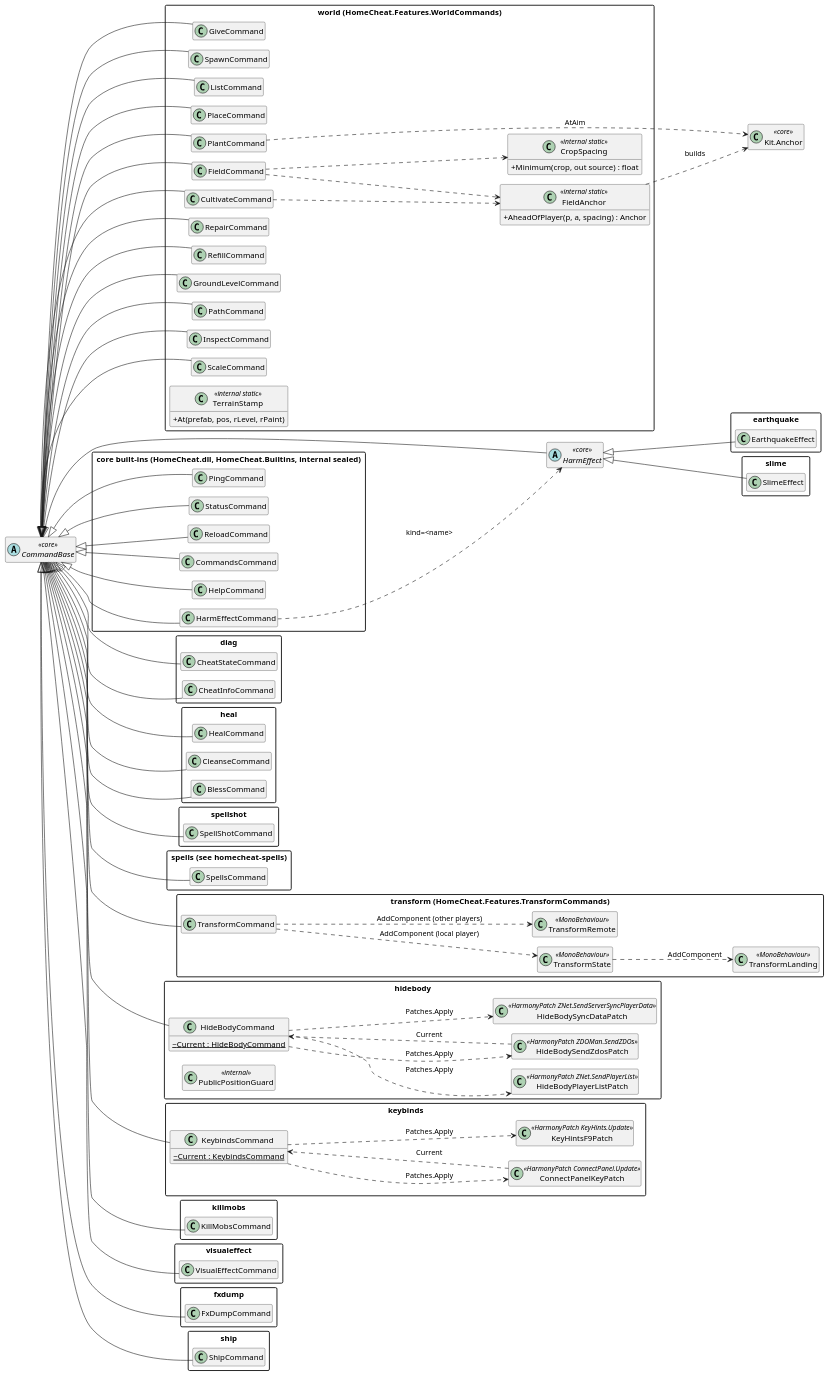
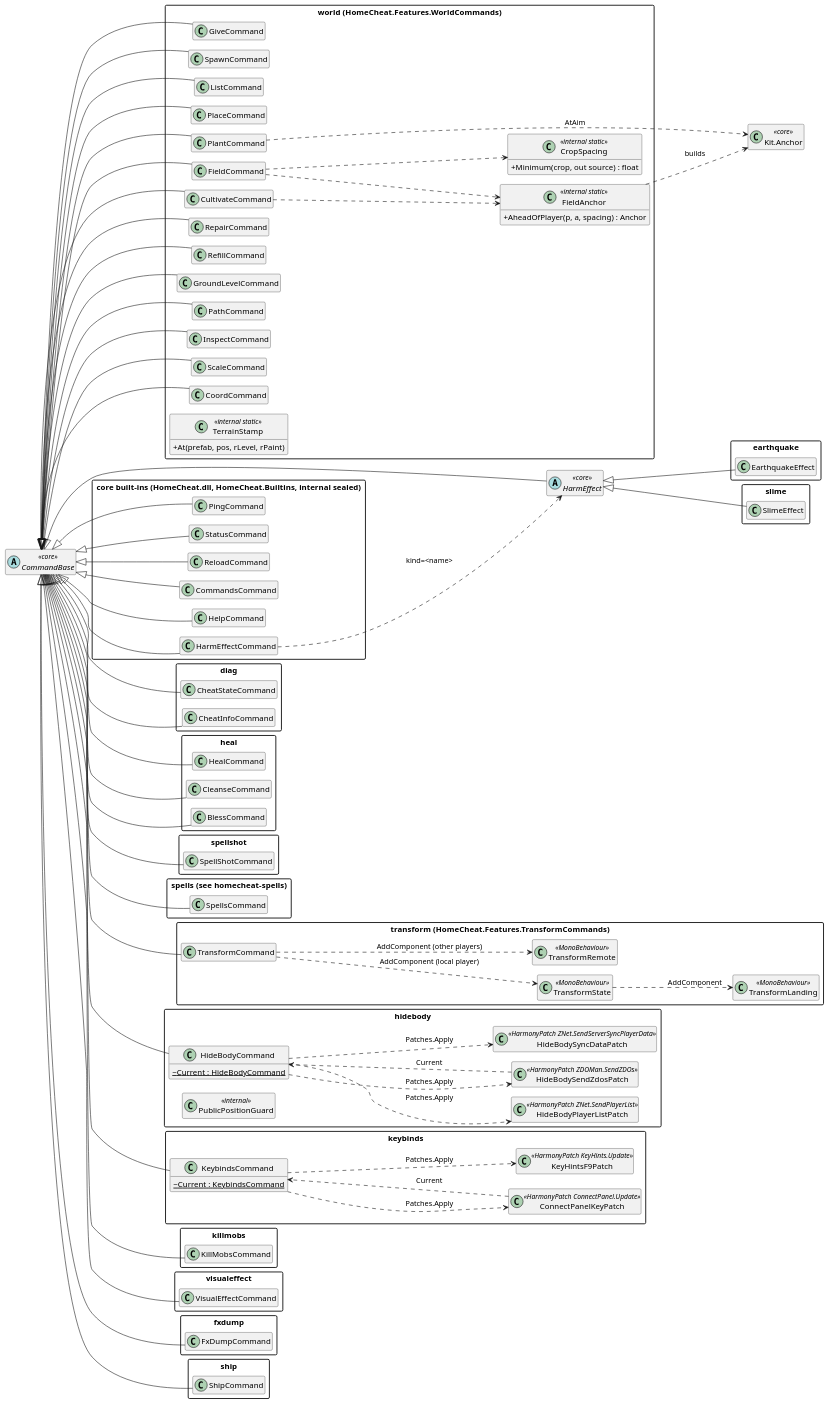
Before and after one commit to Maksym-Denysiuk/ValheimMods: the diagram in docs/diagrams/homecheat-features.puml, drawn with PlantUML. The commit also changed 16 other files, not shown here.

```diff
--- a/docs/diagrams/homecheat-features.puml
+++ b/docs/diagrams/homecheat-features.puml
@@ -1,160 +1,162 @@
 @startuml homecheat-features
 ' HomeCheat feature DLLs: one package = one Features/<Feature> folder = one HomeCheat.Cmd.<feature>.v<stamp>.dll.
 ' 28 feature commands + 6 built-ins = 34. Checked against src/Features on 2026-10-25.
 !pragma layout smetana
 skinparam classAttributeIconSize 0
 skinparam shadowing false
 skinparam packageStyle rectangle
 hide empty members
 left to right direction
 
 abstract class CommandBase <<core>>
 abstract class HarmEffect <<core>>
 class "Kit.Anchor" as KitAnchor <<core>>
 CommandBase <|-- HarmEffect
 
 package "core built-ins  (HomeCheat.dll, HomeCheat.Builtins, internal sealed)" as core {
   class PingCommand
   class StatusCommand
   class ReloadCommand
   class CommandsCommand
   class HelpCommand
   class HarmEffectCommand
 }
 CommandBase <|-- PingCommand
 CommandBase <|-- StatusCommand
 CommandBase <|-- ReloadCommand
 CommandBase <|-- CommandsCommand
 CommandBase <|-- HelpCommand
 CommandBase <|-- HarmEffectCommand
 HarmEffectCommand ..> HarmEffect : kind=<name>
 
 package "world  (HomeCheat.Features.WorldCommands)" as world {
   class GiveCommand
   class SpawnCommand
   class ListCommand
   class PlaceCommand
   class PlantCommand
   class FieldCommand
   class CultivateCommand
   class RepairCommand
   class RefillCommand
   class GroundLevelCommand
   class PathCommand
   class InspectCommand
   class ScaleCommand
+  class CoordCommand
   class FieldAnchor <<internal static>> {
     +AheadOfPlayer(p, a, spacing) : Anchor
   }
   class CropSpacing <<internal static>> {
     +Minimum(crop, out source) : float
   }
   class TerrainStamp <<internal static>> {
     +At(prefab, pos, rLevel, rPaint)
   }
 }
 
 package "diag" as diag {
   class CheatStateCommand
   class CheatInfoCommand
 }
 
 package "heal" as heal {
   class HealCommand
   class CleanseCommand
   class BlessCommand
 }
 
 package "earthquake" as eq {
   class EarthquakeEffect
 }
 package "slime" as sl {
   class SlimeEffect
 }
 package "spellshot" as ss {
   class SpellShotCommand
 }
 package "spells  (see homecheat-spells)" as sp {
   class SpellsCommand
 }
 package "transform  (HomeCheat.Features.TransformCommands)" as tr {
   class TransformCommand
   class TransformState <<MonoBehaviour>>
   class TransformRemote <<MonoBehaviour>>
   class TransformLanding <<MonoBehaviour>>
 }
 package "hidebody" as hb {
   class HideBodyCommand {
     ~{static} Current : HideBodyCommand
   }
   class HideBodySendZdosPatch <<HarmonyPatch ZDOMan.SendZDOs>>
   class HideBodyPlayerListPatch <<HarmonyPatch ZNet.SendPlayerList>>
   class HideBodySyncDataPatch <<HarmonyPatch ZNet.SendServerSyncPlayerData>>
   class PublicPositionGuard <<internal>>
 }
 package "keybinds" as kb {
   class KeybindsCommand {
     ~{static} Current : KeybindsCommand
   }
   class ConnectPanelKeyPatch <<HarmonyPatch ConnectPanel.Update>>
   class KeyHintsF9Patch <<HarmonyPatch KeyHints.Update>>
 }
 package "killmobs" as km {
   class KillMobsCommand
 }
 package "visualeffect" as ve {
   class VisualEffectCommand
 }
 package "fxdump" as fd {
   class FxDumpCommand
 }
 package "ship" as sh {
   class ShipCommand
 }
 
 CommandBase <|-- GiveCommand
 CommandBase <|-- SpawnCommand
 CommandBase <|-- ListCommand
 CommandBase <|-- PlaceCommand
 CommandBase <|-- PlantCommand
 CommandBase <|-- FieldCommand
 CommandBase <|-- CultivateCommand
 CommandBase <|-- RepairCommand
 CommandBase <|-- RefillCommand
 CommandBase <|-- GroundLevelCommand
 CommandBase <|-- PathCommand
 CommandBase <|-- InspectCommand
 CommandBase <|-- ScaleCommand
+CommandBase <|-- CoordCommand
 CommandBase <|-- CheatStateCommand
 CommandBase <|-- CheatInfoCommand
 CommandBase <|-- HealCommand
 CommandBase <|-- CleanseCommand
 CommandBase <|-- BlessCommand
 HarmEffect <|-- EarthquakeEffect
 HarmEffect <|-- SlimeEffect
 CommandBase <|-- SpellShotCommand
 CommandBase <|-- SpellsCommand
 CommandBase <|-- TransformCommand
 CommandBase <|-- HideBodyCommand
 CommandBase <|-- KeybindsCommand
 CommandBase <|-- KillMobsCommand
 CommandBase <|-- VisualEffectCommand
 CommandBase <|-- FxDumpCommand
 CommandBase <|-- ShipCommand
 
 FieldCommand ..> FieldAnchor
 CultivateCommand ..> FieldAnchor
 FieldCommand ..> CropSpacing
 FieldAnchor ..> KitAnchor : builds
 PlantCommand ..> KitAnchor : AtAim
 TransformCommand ..> TransformState : AddComponent (local player)
 TransformCommand ..> TransformRemote : AddComponent (other players)
 TransformState ..> TransformLanding : AddComponent
 HideBodyCommand ..> HideBodySendZdosPatch : Patches.Apply
 HideBodyCommand ..> HideBodyPlayerListPatch : Patches.Apply
 HideBodyCommand ..> HideBodySyncDataPatch : Patches.Apply
 HideBodySendZdosPatch ..> HideBodyCommand : Current
 KeybindsCommand ..> ConnectPanelKeyPatch : Patches.Apply
 KeybindsCommand ..> KeyHintsF9Patch : Patches.Apply
 ConnectPanelKeyPatch ..> KeybindsCommand : Current
 @enduml
```
